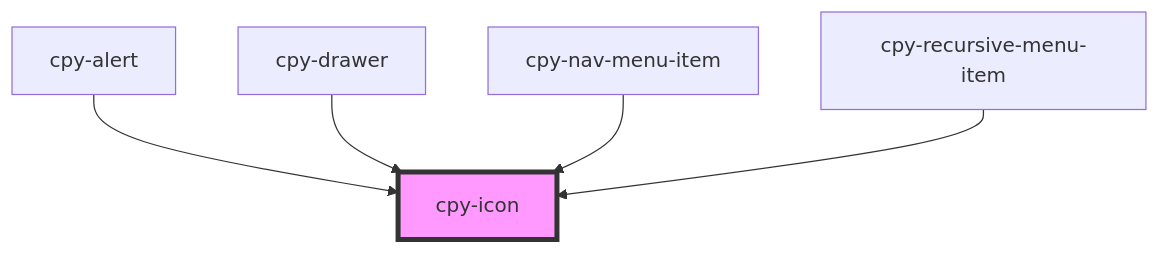
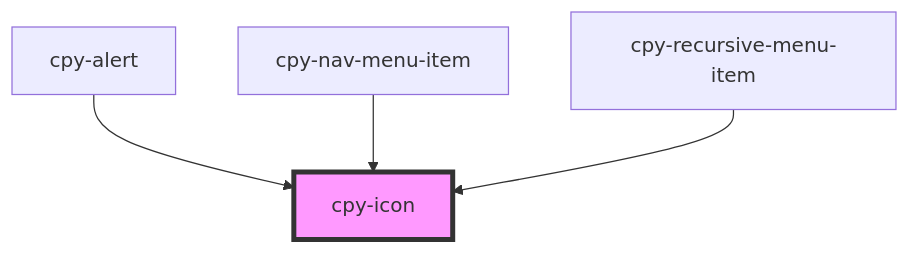
Before and after one commit to Lith1um/Canopy-Stencil: the diagram in stencil-lib/src/components/icon/readme.md, drawn with Mermaid. The commit also changed other lines of this file and 11 other files, not shown here.

````diff
--- a/stencil-lib/src/components/icon/readme.md
+++ b/stencil-lib/src/components/icon/readme.md
@@ -18,8 +17,7 @@
 ```mermaid
 graph TD;
   cpy-alert --> cpy-icon
-  cpy-drawer --> cpy-icon
   cpy-nav-menu-item --> cpy-icon
   cpy-recursive-menu-item --> cpy-icon
   style cpy-icon fill:#f9f,stroke:#333,stroke-width:4px
 ```
````
